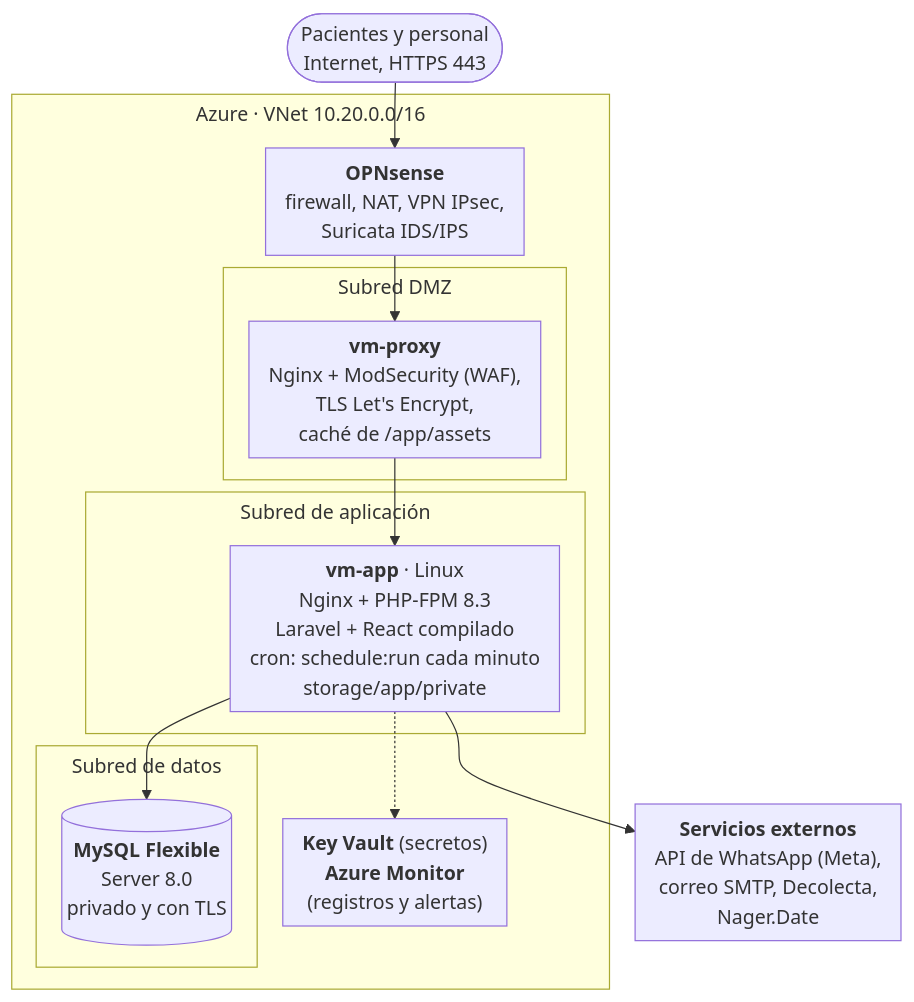
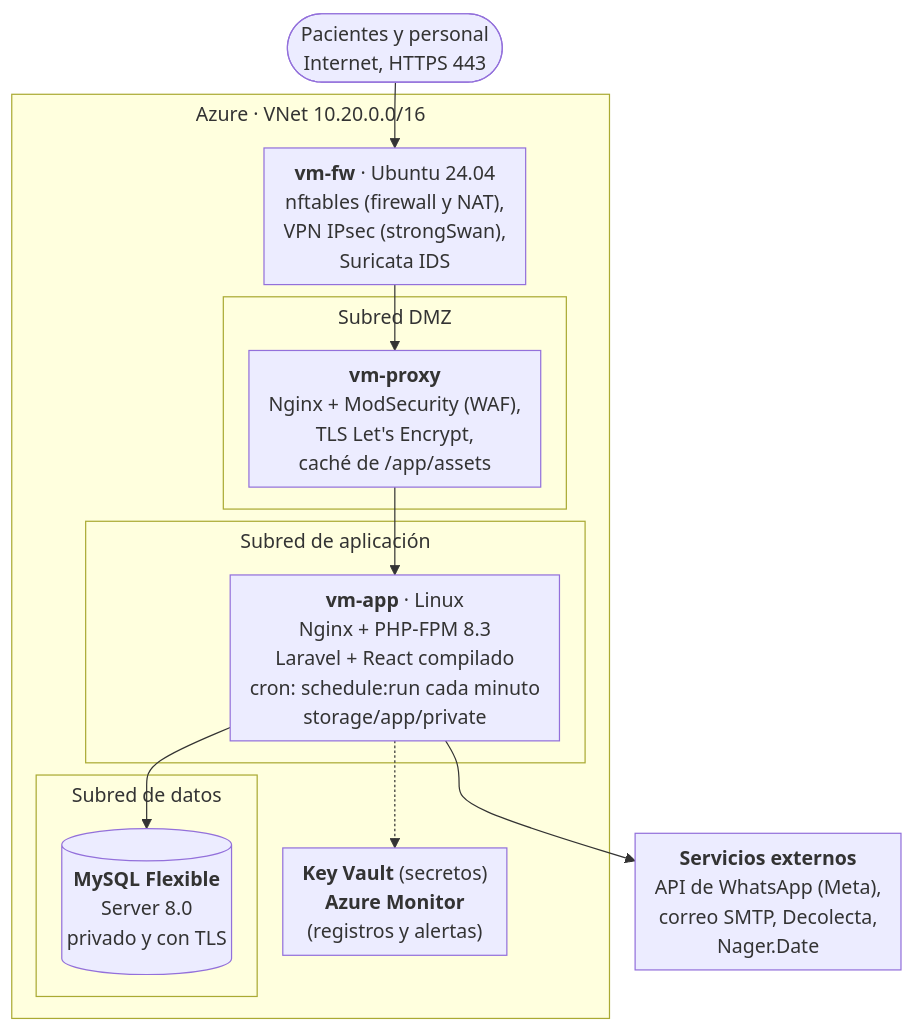
One commit to francalizaya266-sudo/venga-implantes changed the fifth of 15 diagrams in docs/entregables/E1-requerimientos-y-diseno/E1-documento.md. Above: the diagram before and after it, drawn with Mermaid. The commit also changed other lines of this file and 8 other files, not shown here.

````diff
--- a/docs/entregables/E1-requerimientos-y-diseno/E1-documento.md
+++ b/docs/entregables/E1-requerimientos-y-diseno/E1-documento.md
@@ -471,23 +473,23 @@
 ```mermaid
 %%{init: {"flowchart": {"nodeSpacing": 22, "rankSpacing": 36, "padding": 8, "subGraphTitleMargin": {"top": 4, "bottom": 22}, "wrappingWidth": 400}}}%%
 flowchart TB
   usr(["Pacientes y personal<br/>Internet, HTTPS 443"])
   subgraph az["Azure · VNet 10.20.0.0/16"]
-    fw["<b>OPNsense</b><br/>firewall, NAT, VPN IPsec,<br/>Suricata IDS/IPS"]
+    fw["<b>vm-fw</b> · Ubuntu 24.04<br/>nftables (firewall y NAT),<br/>VPN IPsec (strongSwan),<br/>Suricata IDS"]
     subgraph dmz["Subred DMZ"]
       px["<b>vm-proxy</b><br/>Nginx + ModSecurity (WAF),<br/>TLS Let's Encrypt,<br/>caché de /app/assets"]
     end
     subgraph snapp["Subred de aplicación"]
       va["<b>vm-app</b> · Linux<br/>Nginx + PHP-FPM 8.3<br/>Laravel + React compilado<br/>cron: schedule:run cada minuto<br/>storage/app/private"]
     end
     subgraph snd["Subred de datos"]
       my[("<b>MySQL Flexible</b><br/>Server 8.0<br/>privado y con TLS")]
     end
     ops["<b>Key Vault</b> (secretos)<br/><b>Azure Monitor</b><br/>(registros y alertas)"]
   end
   ext["<b>Servicios externos</b><br/>API de WhatsApp (Meta),<br/>correo SMTP, Decolecta,<br/>Nager.Date"]
   usr --> fw --> px --> va
   va --> my
   va -.-> ops
   va --> ext
 ```
````
